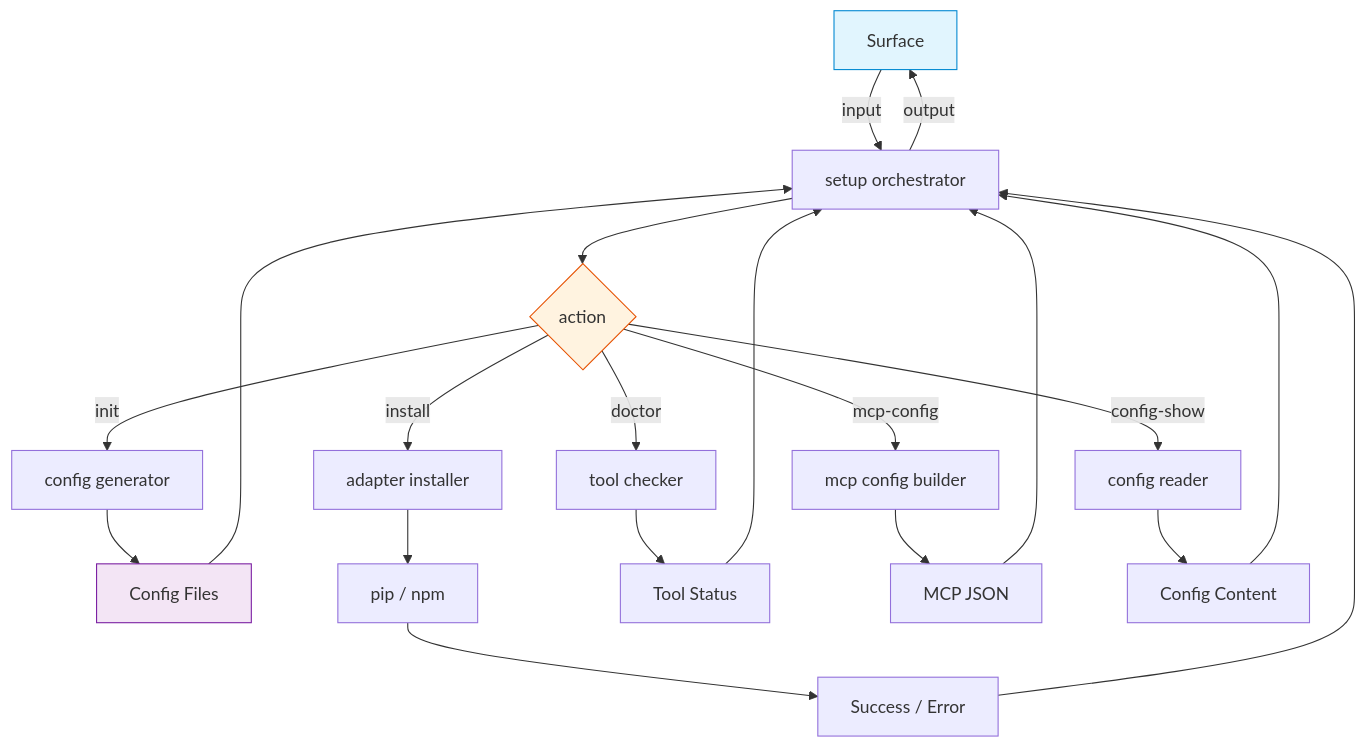
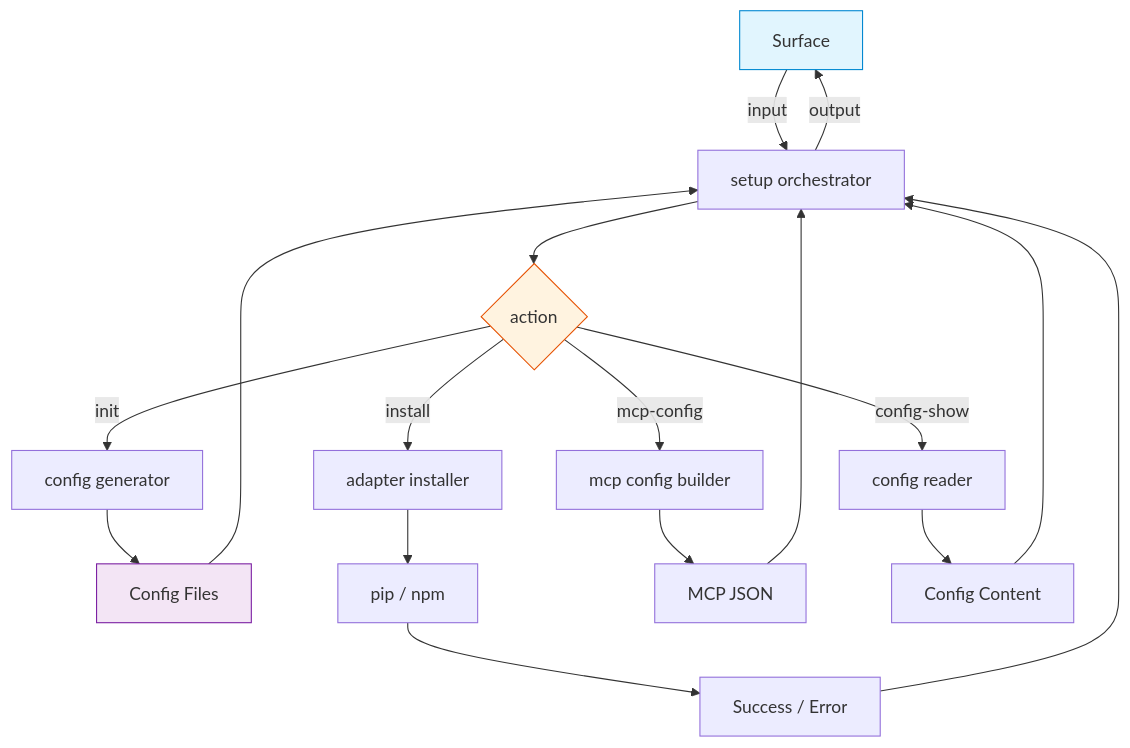
The diagram in crates/project-setup/FRD.md (rakaarwaky/lint-arwaky), drawn with Mermaid before and after one commit. The commit also changed other lines of this file and 24 other files, not shown here.

````diff
--- a/crates/project-setup/FRD.md
+++ b/crates/project-setup/FRD.md
@@ -7,29 +26,26 @@
 ```mermaid
 flowchart TD
     A["Surface"] -->|input| B["setup orchestrator"]
     B --> C{"action"}
 
     C -->|"init"| D["config generator"]
     C -->|"install"| E["adapter installer"]
-    C -->|"doctor"| F["tool checker"]
-    C -->|"mcp-config"| G["mcp config builder"]
-    C -->|"config-show"| H["config reader"]
+    C -->|"mcp-config"| F["mcp config builder"]
+    C -->|"config-show"| G["config reader"]
 
-    D --> I["Config Files"]
-    E --> J["pip / npm"]
-    J --> K["Success / Error"]
-    F --> L["Tool Status"]
-    G --> M["MCP JSON"]
-    H --> N["Config Content"]
+    D --> H["Config Files"]
+    E --> I["pip / npm"]
+    I --> J["Success / Error"]
+    F --> K["MCP JSON"]
+    G --> L["Config Content"]
 
-    I --> B
+    H --> B
+    J --> B
     K --> B
     L --> B
-    M --> B
-    N --> B
     B -->|output| A
 
     style A fill:#e1f5fe,stroke:#0288d1
     style C fill:#fff3e0,stroke:#e65100
-    style I fill:#f3e5f5,stroke:#7b1fa2
+    style H fill:#f3e5f5,stroke:#7b1fa2
 ```
````
